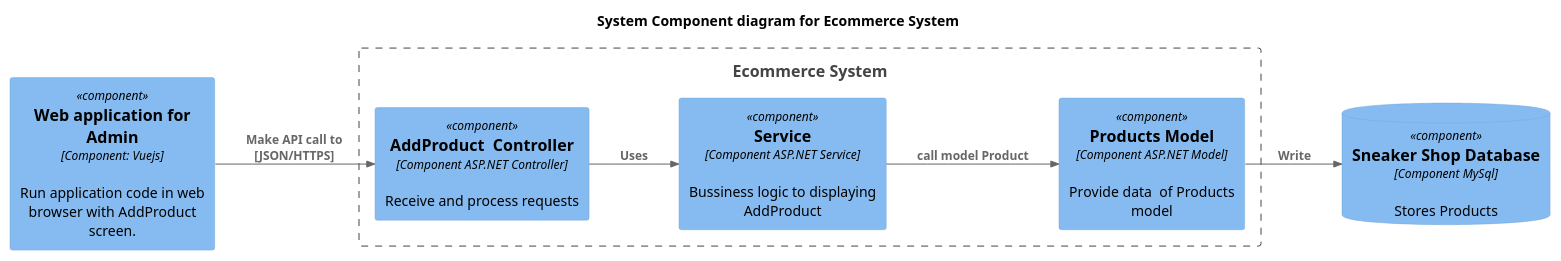
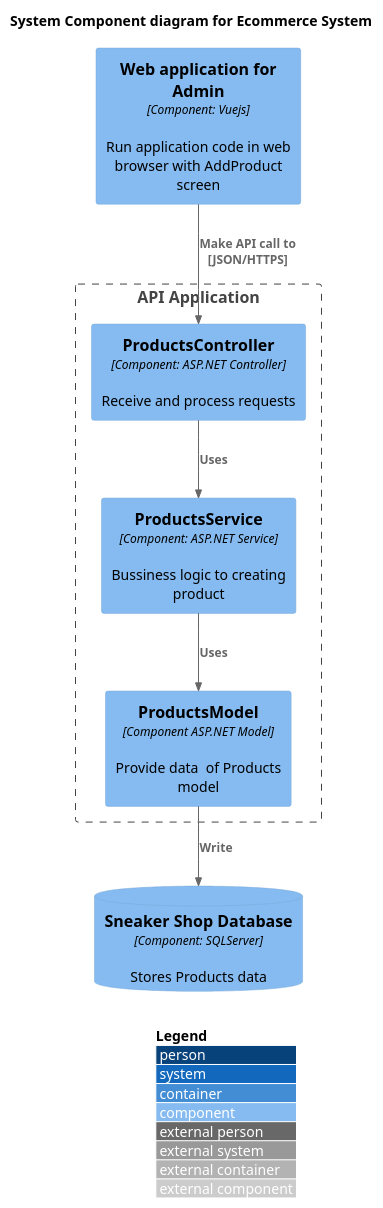
One commit to cuongchu264/PTTKHuongDoiTuong changed the diagram in C4 model/Component/AddProductComponent.puml. Above: the diagram before and after it, drawn with PlantUML. The commit also changed 24 other files, not shown here.

Commit message:
Recheck component code

```diff
--- a/C4 model/Component/AddProductComponent.puml
+++ b/C4 model/Component/AddProductComponent.puml
@@ -1,23 +1,23 @@
 @startuml
 !include https://raw.githubusercontent.com/plantuml-stdlib/C4-PlantUML/master/C4_Component.puml
 ' uncomment the following line and comment the first to use locally
 ' !include C4_Component.puml
 
-LAYOUT_LEFT_RIGHT()
+LAYOUT_WITH_LEGEND()
 
 title System Component diagram for Ecommerce System
 
-Component(web_app, "Web application for Admin","Component: Vuejs", "Run application code in web browser with AddProduct screen.")
-ComponentDb(db, "Sneaker Shop Database","Component MySql", "Stores Products  ")
+Component(web_app, "Web application for Admin","Component: Vuejs", "Run application code in web browser with AddProduct screen")
+ComponentDb(db, "Sneaker Shop Database","Component: SQLServer", "Stores Products data ")
 
-Boundary(System, "Ecommerce System") {
-    Component(Controller, "AddProduct  Controller", "Component ASP.NET Controller", "Receive and process requests ")
-    Component(Service, "Service","Component ASP.NET Service", "Bussiness logic to displaying AddProduct  ")
-    Component(model, "Products Model", "Component ASP.NET Model", "Provide data  of Products model ")
+Boundary(System, "API Application") {
+    Component(Controller, "ProductsController", "Component: ASP.NET Controller", "Receive and process requests ")
+    Component(Service, "ProductsService","Component: ASP.NET Service", "Bussiness logic to creating product  ")
+    Component(model, "ProductsModel", "Component ASP.NET Model", "Provide data  of Products model ")
 
     Rel(Controller, Service, "Uses")
-    Rel(Service, model, "call model Product")
+    Rel(Service, model, "Uses")
     Rel(model, db, "Write")
     Rel(web_app,Controller, "Make API call to [JSON/HTTPS]")
 }
 @enduml
```
